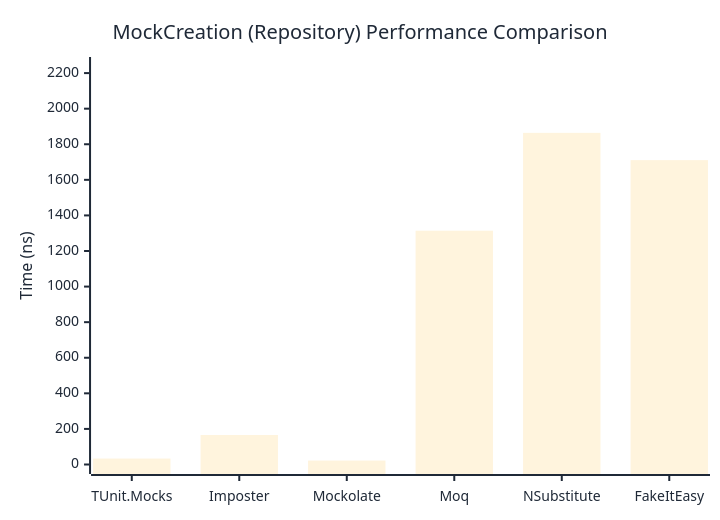
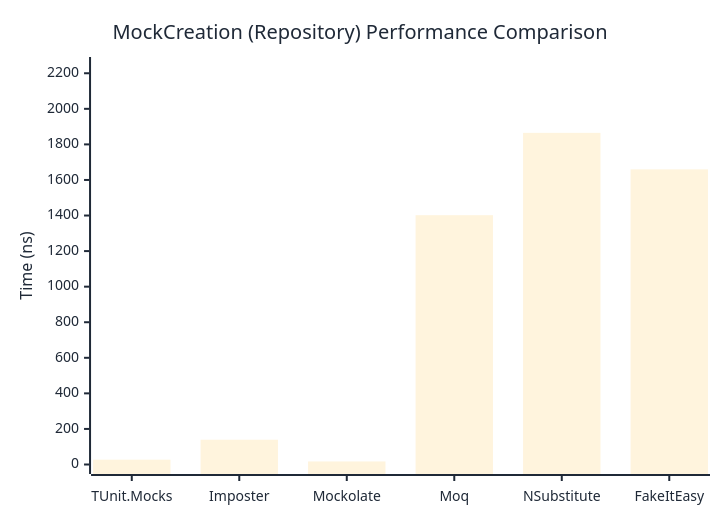
The second of 2 diagrams in docs/docs/benchmarks/mocks/MockCreation.md (thomhurst/TUnit), drawn with Mermaid before and after one commit. The commit also changed other lines of this file and 14 other files, not shown here.

````diff
--- a/docs/docs/benchmarks/mocks/MockCreation.md
+++ b/docs/docs/benchmarks/mocks/MockCreation.md
@@ -71,27 +71,27 @@
 ```mermaid
 %%{init: {
   'theme':'base',
   'themeVariables': {
     'primaryColor': '#2563eb',
     'primaryTextColor': '#1f2937',
     'primaryBorderColor': '#1e40af',
     'lineColor': '#6b7280',
     'secondaryColor': '#7c3aed',
     'tertiaryColor': '#dc2626',
     'background': '#ffffff',
     'pie1': '#2563eb',
     'pie2': '#7c3aed',
     'pie3': '#dc2626',
     'pie4': '#f59e0b',
     'pie5': '#10b981',
     'pie6': '#06b6d4',
     'pie7': '#ec4899',
     'pie8': '#6366f1'
   }
 }}%%
 xychart-beta
   title "MockCreation (Repository) Performance Comparison"
   x-axis ["TUnit.Mocks", "Imposter", "Mockolate", "Moq", "NSubstitute", "FakeItEasy"]
-  y-axis "Time (ns)" 0 --> 2237
-  bar [33.35, 165.83, 22.17, 1314.12, 1864.02, 1710.7]
+  y-axis "Time (ns)" 0 --> 2238
+  bar [27.09, 139.28, 17.17, 1401.97, 1864.93, 1659.61]
 ```
````
